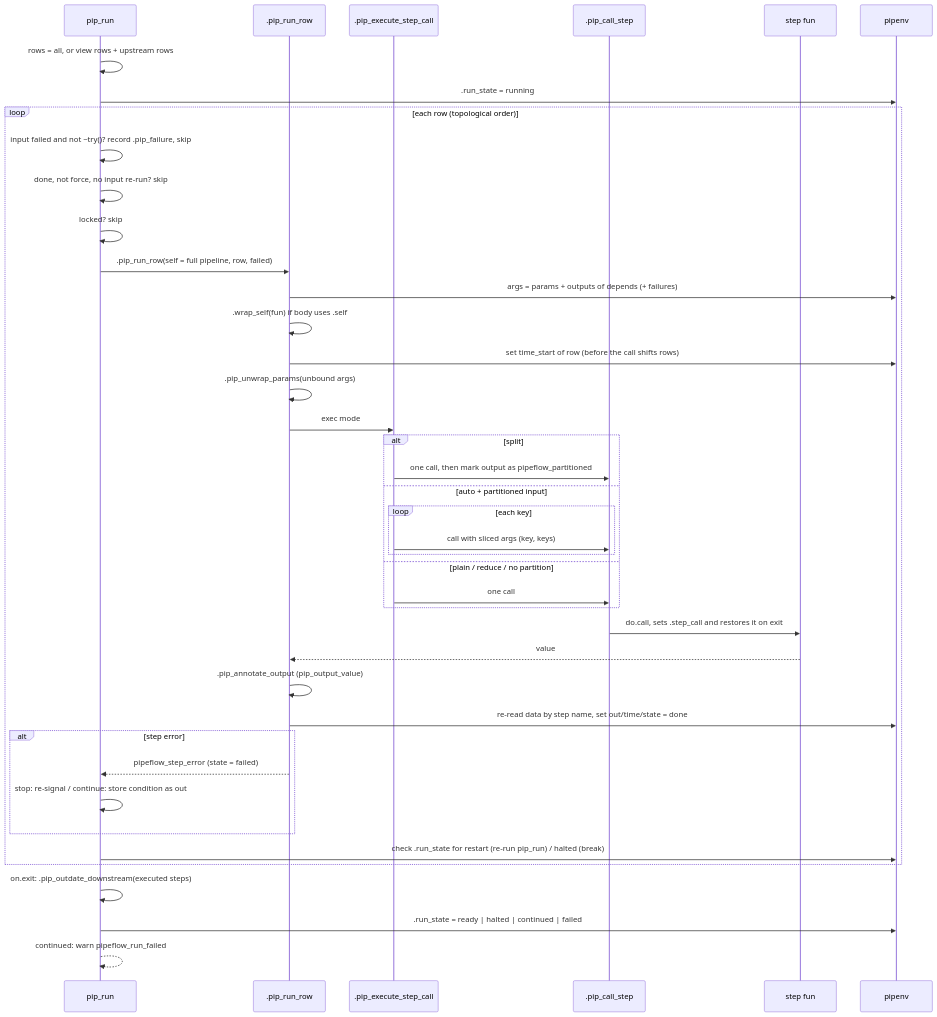
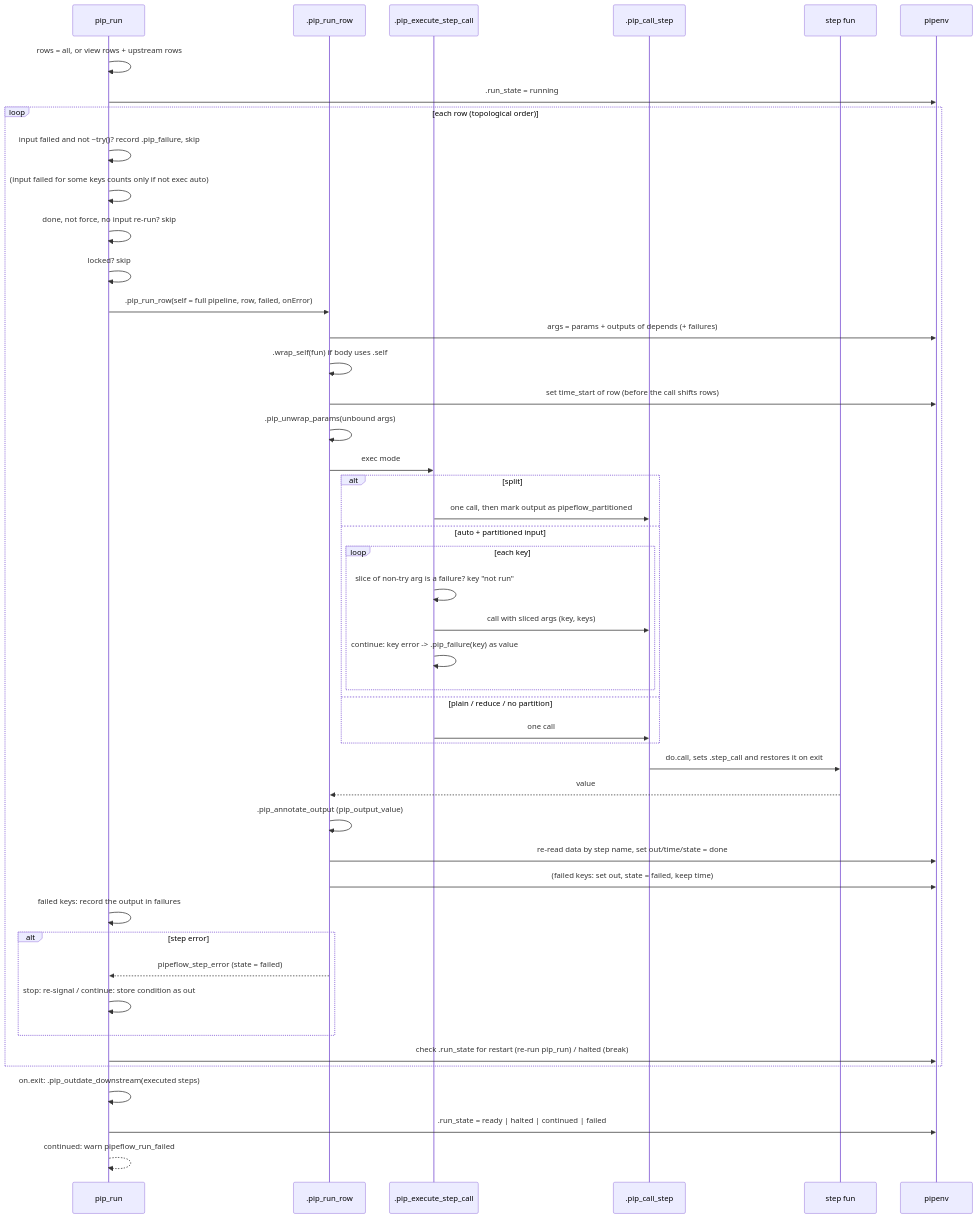
One commit to rpahl/pipeflow changed the sixth of 8 diagrams in dev/pipeflow.md. Above: the diagram before and after it, drawn with Mermaid. The commit also changed other lines of this file and 10 other files, not shown here.

````diff
--- a/dev/pipeflow.md
+++ b/dev/pipeflow.md
@@ -328,44 +328,49 @@
 ```mermaid
 sequenceDiagram
     participant R as pip_run
     participant RR as .pip_run_row
     participant X as .pip_execute_step_call
     participant C as .pip_call_step
     participant F as step fun
     participant E as pipenv
 
     R->>R: rows = all, or view rows + upstream rows
     R->>E: .run_state = running
     loop each row (topological order)
         R->>R: input failed and not ~try()? record .pip_failure, skip
+        R->>R: (input failed for some keys counts only if not exec auto)
         R->>R: done, not force, no input re-run? skip
         R->>R: locked? skip
-        R->>RR: .pip_run_row(self = full pipeline, row, failed)
+        R->>RR: .pip_run_row(self = full pipeline, row, failed, onError)
         RR->>E: args = params + outputs of depends (+ failures)
         RR->>RR: .wrap_self(fun) if body uses .self
         RR->>E: set time_start of row (before the call shifts rows)
         RR->>RR: .pip_unwrap_params(unbound args)
         RR->>X: exec mode
         alt split
             X->>C: one call, then mark output as pipeflow_partitioned
         else auto + partitioned input
             loop each key
+                X->>X: slice of non-try arg is a failure? key "not run"
                 X->>C: call with sliced args (key, keys)
+                X->>X: continue: key error -> .pip_failure(key) as value
             end
         else plain / reduce / no partition
             X->>C: one call
         end
         C->>F: do.call, sets .step_call and restores it on exit
         F-->>RR: value
         RR->>RR: .pip_annotate_output (pip_output_value)
         RR->>E: re-read data by step name, set out/time/state = done
+        RR->>E: (failed keys: set out, state = failed, keep time)
+        R->>R: failed keys: record the output in failures
         alt step error
             RR-->>R: pipeflow_step_error (state = failed)
             R->>R: stop: re-signal / continue: store condition as out
         end
         R->>E: check .run_state for restart (re-run pip_run) / halted (break)
     end
     R->>R: on.exit: .pip_outdate_downstream(executed steps)
     R->>E: .run_state = ready | halted | continued | failed
     R-->>R: continued: warn pipeflow_run_failed
 ```
````
